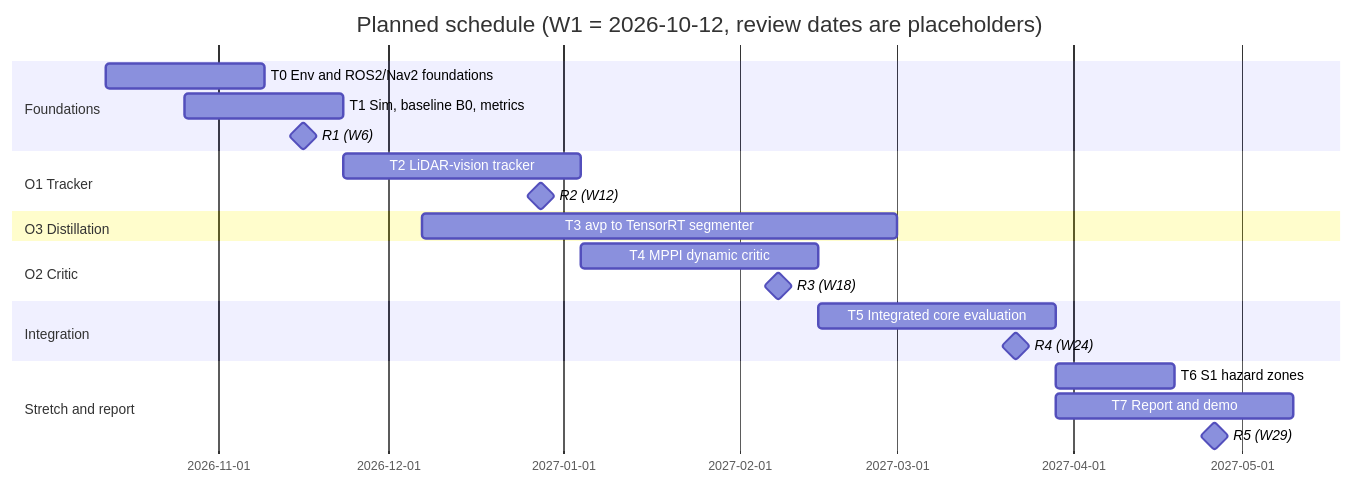
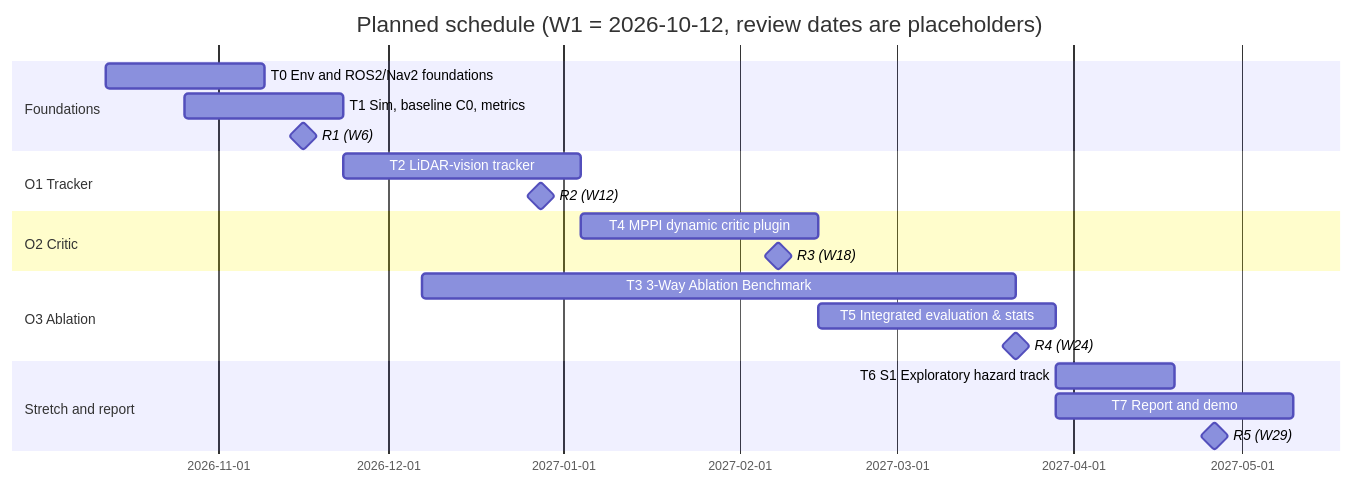
One commit to cupcakes04/y4_ee changed the second of 2 diagrams in modules/EEEE4077_mechatronics_proj/chapters/deliverables/project_proposal.md. Above: the diagram before and after it, drawn with Mermaid. The commit also changed other lines of this file and 19 other files, not shown here.

````diff
--- a/modules/EEEE4077_mechatronics_proj/chapters/deliverables/project_proposal.md
+++ b/modules/EEEE4077_mechatronics_proj/chapters/deliverables/project_proposal.md
@@ -213,24 +216,23 @@
 ```mermaid
 gantt
     dateFormat  YYYY-MM-DD
     title Planned schedule (W1 = 2026-10-12, review dates are placeholders)
     section Foundations
     T0 Env and ROS2/Nav2 foundations   :t0, 2026-10-12, 28d
-    T1 Sim, baseline B0, metrics       :t1, 2026-10-26, 28d
+    T1 Sim, baseline C0, metrics       :t1, 2026-10-26, 28d
     R1 (W6)                            :milestone, r1, 2026-11-16, 0d
     section O1 Tracker
     T2 LiDAR-vision tracker            :t2, 2026-11-23, 42d
     R2 (W12)                           :milestone, r2, 2026-12-28, 0d
-    section O3 Distillation
-    T3 avp to TensorRT segmenter       :t3, 2026-12-07, 84d
     section O2 Critic
-    T4 MPPI dynamic critic             :t4, 2027-01-04, 42d
+    T4 MPPI dynamic critic plugin      :t4, 2027-01-04, 42d
     R3 (W18)                           :milestone, r3, 2027-02-08, 0d
-    section Integration
-    T5 Integrated core evaluation      :t5, 2027-02-15, 42d
+    section O3 Ablation
+    T3 3-Way Ablation Benchmark        :t3, 2026-12-07, 105d
+    T5 Integrated evaluation & stats   :t5, 2027-02-15, 42d
     R4 (W24)                           :milestone, r4, 2027-03-22, 0d
     section Stretch and report
-    T6 S1 hazard zones                 :t6, 2027-03-29, 21d
+    T6 S1 Exploratory hazard track     :t6, 2027-03-29, 21d
     T7 Report and demo                 :t7, 2027-03-29, 42d
     R5 (W29)                           :milestone, r5, 2027-04-26, 0d
 ```
````
